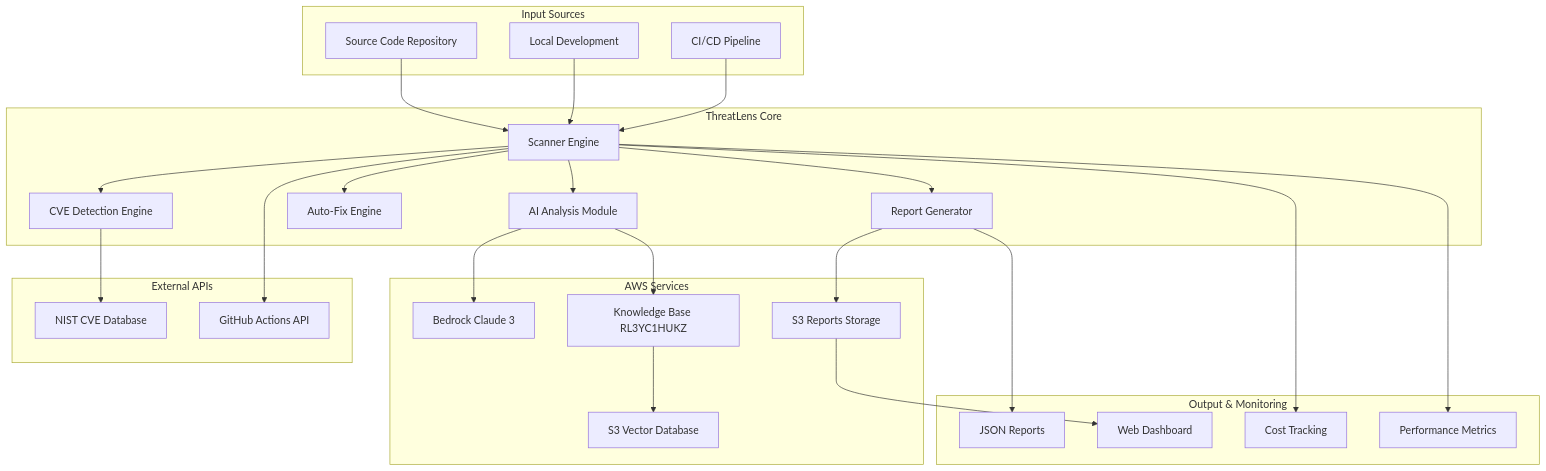
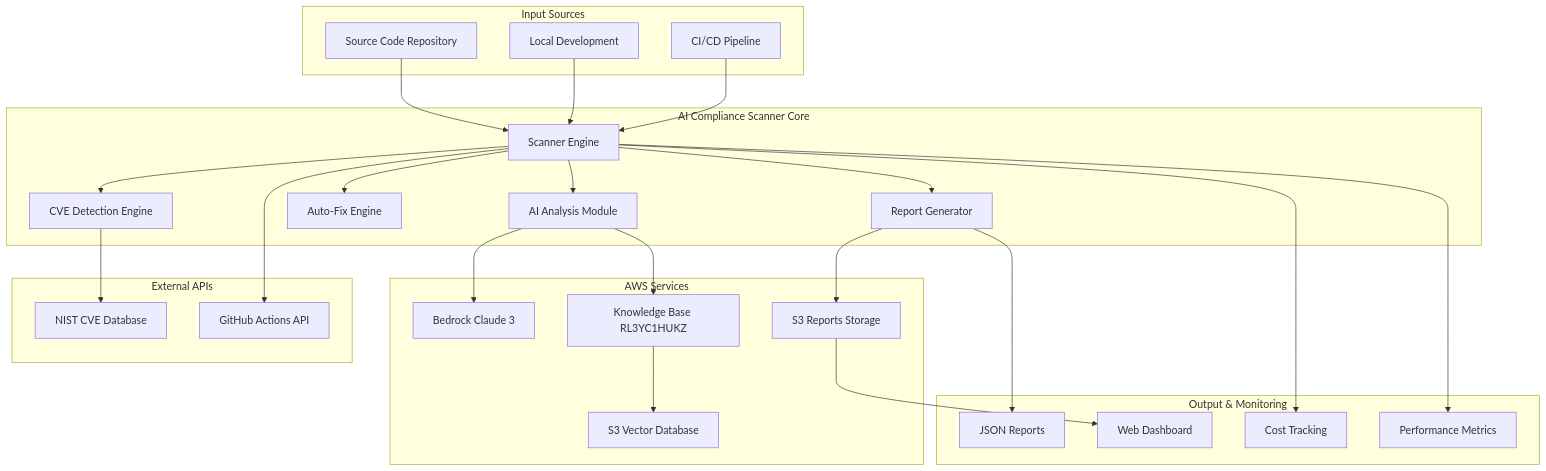
Before and after one commit to devops-captain/Ai-Ops-Ci-CD: the first of 5 diagrams in docs/architecture.md, drawn with Mermaid. The commit also changed other lines of this file and 12 other files, not shown here.

````diff
--- a/docs/architecture.md
+++ b/docs/architecture.md
@@ -9,57 +9,57 @@
 ```mermaid
 graph TB
     subgraph "Input Sources"
         A[Source Code Repository]
         B[Local Development]
         C[CI/CD Pipeline]
     end
     
-    subgraph "ThreatLens Core"
+    subgraph "AI Compliance Scanner Core"
         D[Scanner Engine]
         E[AI Analysis Module]
         F[CVE Detection Engine]
         G[Auto-Fix Engine]
         H[Report Generator]
     end
     
     subgraph "AWS Services"
         I[Bedrock Claude 3]
         J[Knowledge Base RL3YC1HUKZ]
         K[S3 Vector Database]
         L[S3 Reports Storage]
     end
     
     subgraph "External APIs"
         M[NIST CVE Database]
         N[GitHub Actions API]
     end
     
     subgraph "Output & Monitoring"
         O[JSON Reports]
         P[Web Dashboard]
         Q[Cost Tracking]
         R[Performance Metrics]
     end
     
     A --> D
     B --> D
     C --> D
     
     D --> E
     D --> F
     D --> G
     D --> H
     
     E --> I
     E --> J
     J --> K
     F --> M
     H --> L
     
     D --> N
     
     H --> O
     L --> P
     D --> Q
     D --> R
 ```
````
